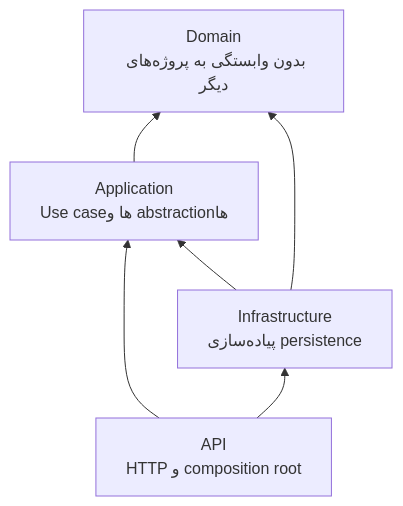
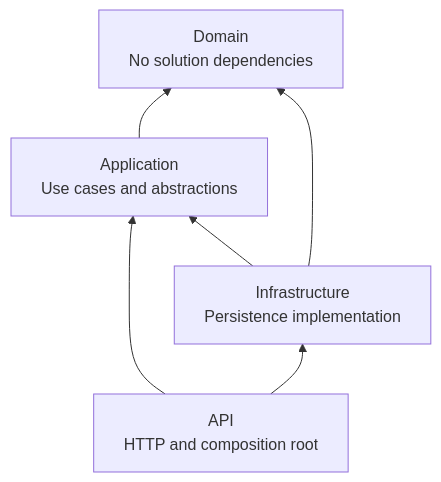
The second of 6 diagrams in README.fa.md (erfanehsrchl/PhoneBook), drawn with Mermaid before and after one commit. The commit also changed other lines of this file, not shown here.

````diff
--- a/README.fa.md
+++ b/README.fa.md
@@ -64,13 +72,13 @@
 ```mermaid
 flowchart BT
-    Domain[Domain<br/>بدون وابستگی به پروژه‌های دیگر]
-    Application[Application<br/>Use caseها و abstractionها]
-    Infrastructure[Infrastructure<br/>پیاده‌سازی persistence]
-    Api[API<br/>HTTP و composition root]
+    Domain[Domain<br/>No solution dependencies]
+    Application[Application<br/>Use cases and abstractions]
+    Infrastructure[Infrastructure<br/>Persistence implementation]
+    Api[API<br/>HTTP and composition root]
 
     Application --> Domain
     Infrastructure --> Application
     Infrastructure --> Domain
     Api --> Application
     Api --> Infrastructure
 ```
````
